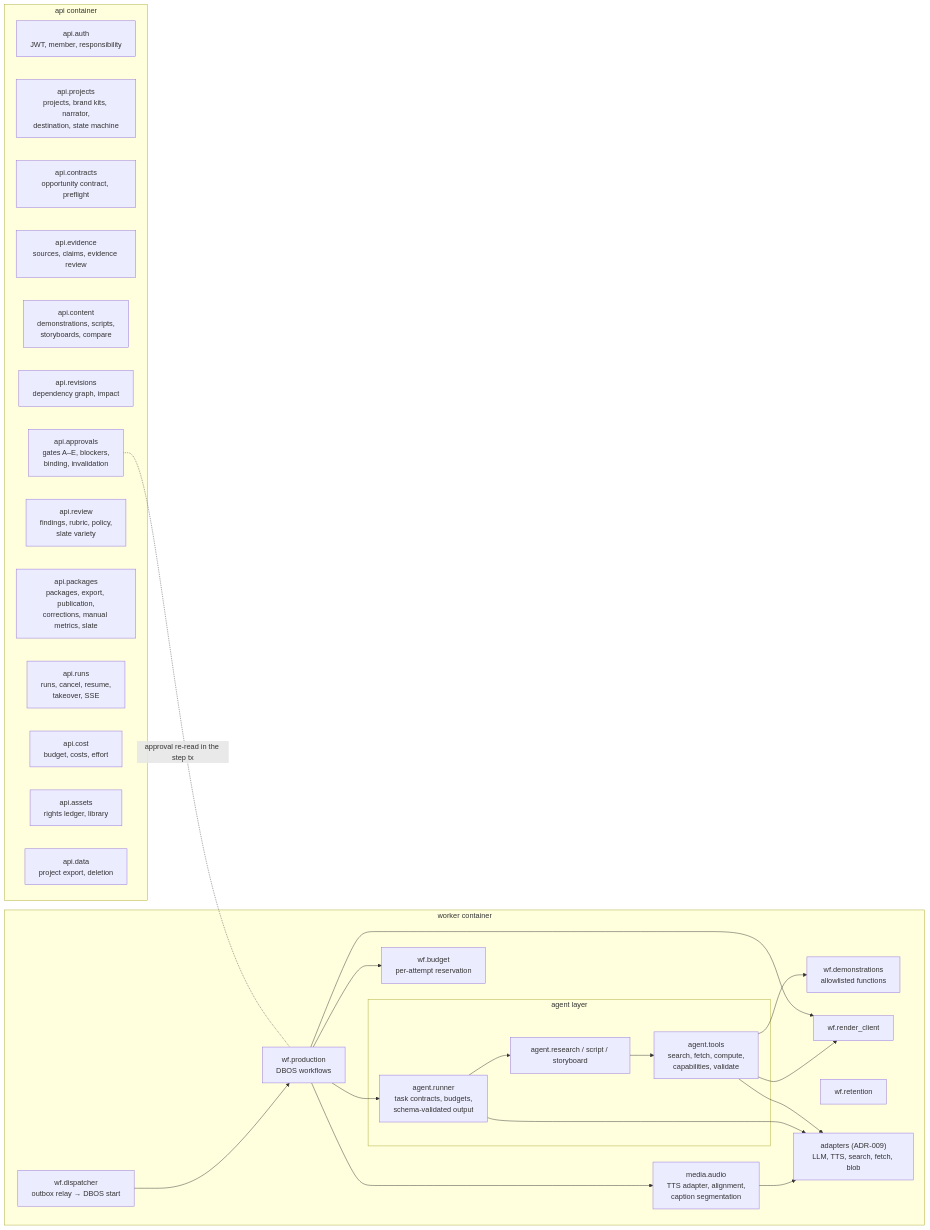
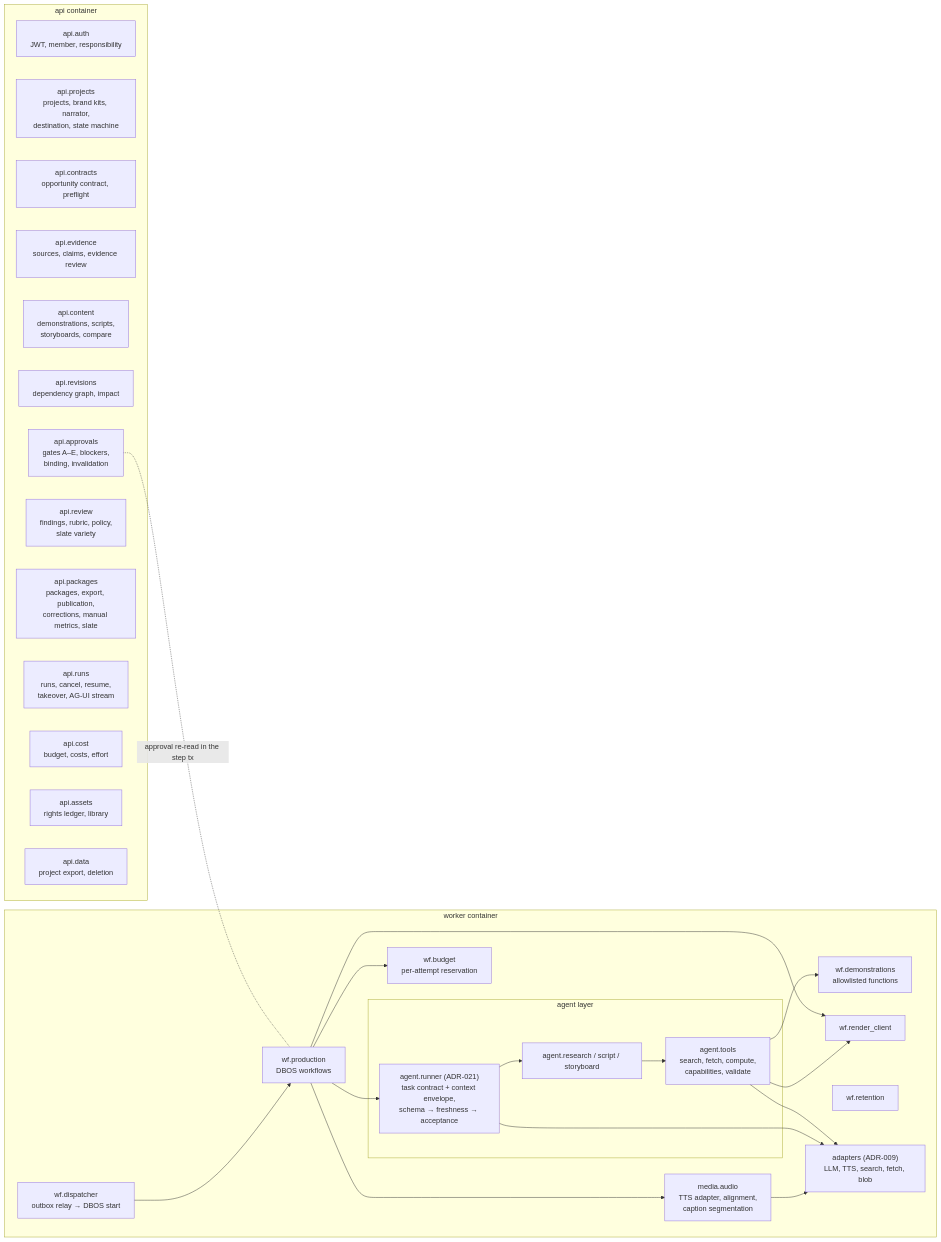
One commit to swa01wk/opportunity-os changed the third of 7 diagrams in docs/architecture/ARCHITECTURE.md. Above: the diagram before and after it, drawn with Mermaid. The commit also changed other lines of this file and 31 other files, not shown here.

````diff
--- a/docs/architecture/ARCHITECTURE.md
+++ b/docs/architecture/ARCHITECTURE.md
@@ -80,43 +80,43 @@
 ```mermaid
 flowchart LR
   subgraph api["api container"]
     auth["api.auth<br/>JWT, member, responsibility"]
     projects["api.projects<br/>projects, brand kits, narrator,<br/>destination, state machine"]
     contracts["api.contracts<br/>opportunity contract, preflight"]
     evidence["api.evidence<br/>sources, claims, evidence review"]
     content["api.content<br/>demonstrations, scripts,<br/>storyboards, compare"]
     revisions["api.revisions<br/>dependency graph, impact"]
     approvals["api.approvals<br/>gates A–E, blockers,<br/>binding, invalidation"]
     review["api.review<br/>findings, rubric, policy,<br/>slate variety"]
     packages["api.packages<br/>packages, export, publication,<br/>corrections, manual metrics, slate"]
-    runs["api.runs<br/>runs, cancel, resume,<br/>takeover, SSE"]
+    runs["api.runs<br/>runs, cancel, resume,<br/>takeover, AG-UI stream"]
     cost["api.cost<br/>budget, costs, effort"]
     assets["api.assets<br/>rights ledger, library"]
     data["api.data<br/>project export, deletion"]
   end
   subgraph worker["worker container"]
     disp["wf.dispatcher<br/>outbox relay → DBOS start"]
     prod["wf.production<br/>DBOS workflows"]
     budget["wf.budget<br/>per-attempt reservation"]
     demo["wf.demonstrations<br/>allowlisted functions"]
     rclient["wf.render_client"]
     ret["wf.retention"]
     audio["media.audio<br/>TTS adapter, alignment,<br/>caption segmentation"]
     subgraph agent["agent layer"]
-      runner["agent.runner<br/>task contracts, budgets,<br/>schema-validated output"]
+      runner["agent.runner (ADR-021)<br/>task contract + context envelope,<br/>schema → freshness → acceptance"]
       tasks["agent.research / script / storyboard"]
       tools["agent.tools<br/>search, fetch, compute,<br/>capabilities, validate"]
     end
     adapters["adapters (ADR-009)<br/>LLM, TTS, search, fetch, blob"]
   end
   disp --> prod
   prod --> budget
   prod --> runner --> tasks --> tools
   tools --> demo
   tools --> rclient
   prod --> audio --> adapters
   prod --> rclient
   runner --> adapters
   tools --> adapters
   approvals -.-|"approval re-read in the step tx"| prod
 ```
````
